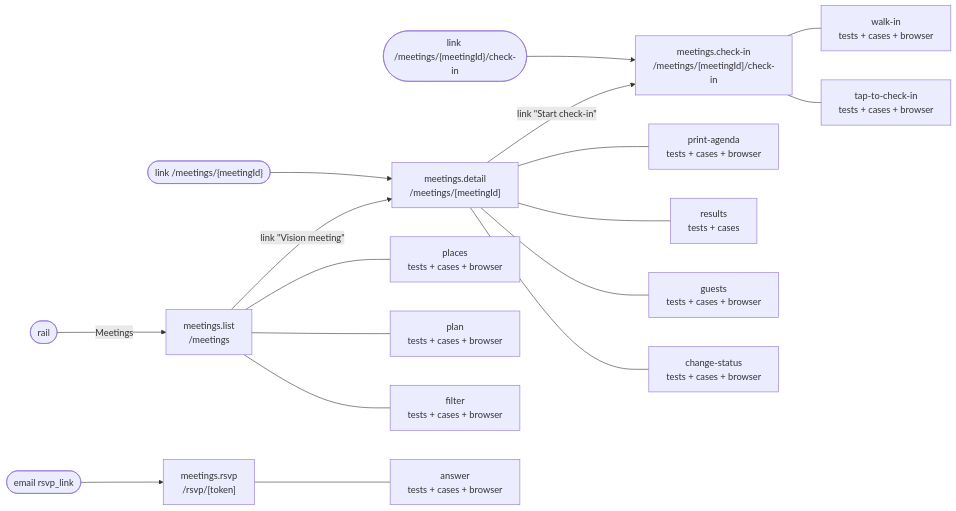
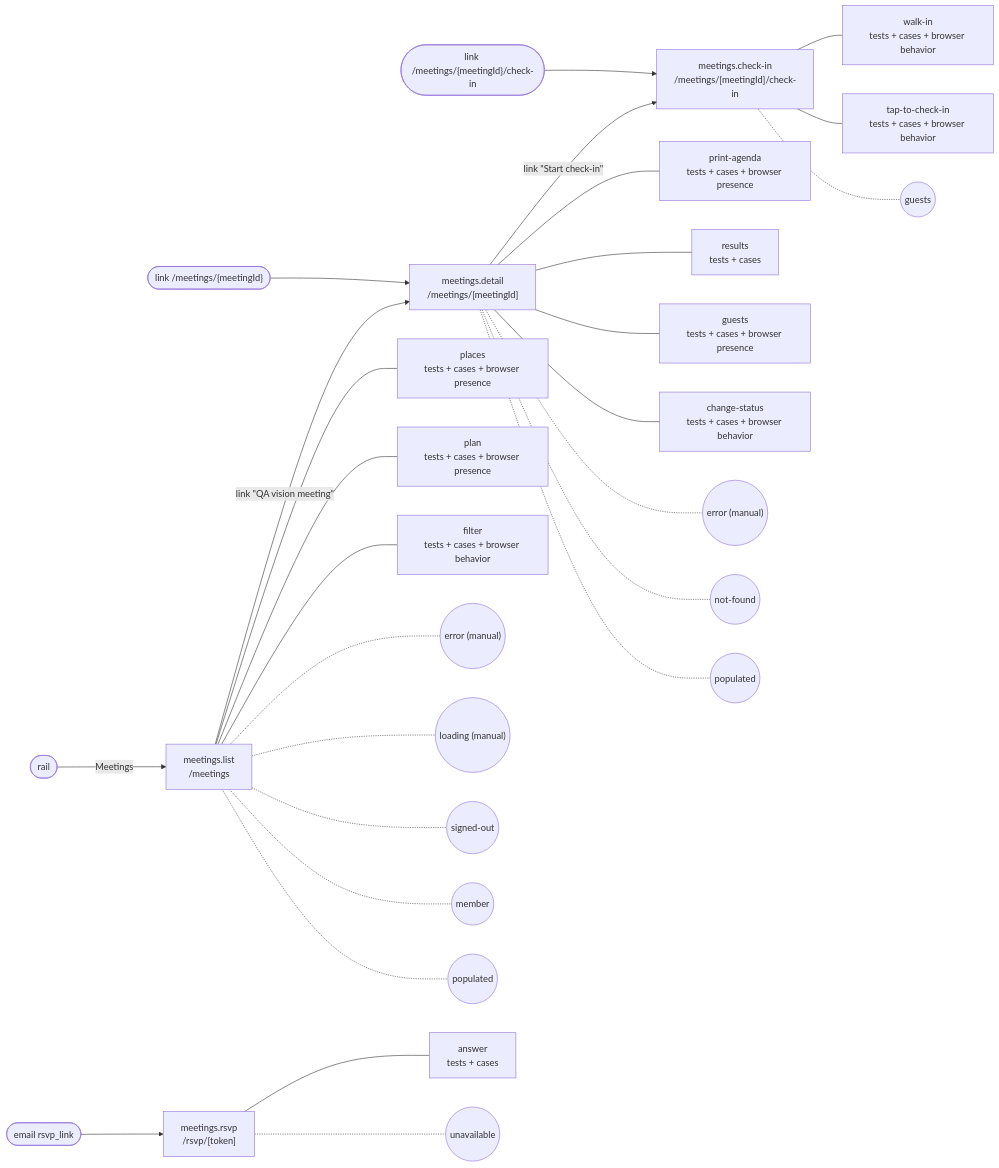
Before and after one commit to SebastianGarces/everyfield: the diagram in docs/feature-maps/meetings.md, drawn with Mermaid. The commit also changed other lines of this file and 15 other files, not shown here.

````diff
--- a/docs/feature-maps/meetings.md
+++ b/docs/feature-maps/meetings.md
@@ -5,27 +6,37 @@
 ```mermaid
 flowchart LR
   rail(["rail"])
   s1_link1(["link /meetings/{meetingId}"])
   s2_link1(["link /meetings/{meetingId}/check-in"])
   s3_link0(["email rsvp_link"])
   s0["meetings.list<br/>/meetings"]
   rail -- "Meetings" --> s0
-  s0 --- s0_b0["filter<br/>tests + cases + browser"]
-  s0 --- s0_b1["plan<br/>tests + cases + browser"]
-  s0 --- s0_b2["places<br/>tests + cases + browser"]
+  s0 -.- s0_st0(("populated"))
+  s0 -.- s0_st1(("member"))
+  s0 -.- s0_st2(("signed-out"))
+  s0 -.- s0_st3(("loading (manual)"))
+  s0 -.- s0_st4(("error (manual)"))
+  s0 --- s0_b0["filter<br/>tests + cases + browser behavior"]
+  s0 --- s0_b1["plan<br/>tests + cases + browser presence"]
+  s0 --- s0_b2["places<br/>tests + cases + browser presence"]
   s1["meetings.detail<br/>/meetings/[meetingId]"]
-  s0 -- "link #quot;Vision meeting#quot;" --> s1
+  s0 -- "link #quot;QA vision meeting#quot;" --> s1
   s1_link1 --> s1
-  s1 --- s1_b0["change-status<br/>tests + cases + browser"]
-  s1 --- s1_b1["guests<br/>tests + cases + browser"]
+  s1 -.- s1_st0(("populated"))
+  s1 -.- s1_st1(("not-found"))
+  s1 -.- s1_st2(("error (manual)"))
+  s1 --- s1_b0["change-status<br/>tests + cases + browser behavior"]
+  s1 --- s1_b1["guests<br/>tests + cases + browser presence"]
   s1 --- s1_b2["results<br/>tests + cases"]
-  s1 --- s1_b3["print-agenda<br/>tests + cases + browser"]
+  s1 --- s1_b3["print-agenda<br/>tests + cases + browser presence"]
   s2["meetings.check-in<br/>/meetings/[meetingId]/check-in"]
   s1 -- "link #quot;Start check-in#quot;" --> s2
   s2_link1 --> s2
-  s2 --- s2_b0["tap-to-check-in<br/>tests + cases + browser"]
-  s2 --- s2_b1["walk-in<br/>tests + cases + browser"]
+  s2 -.- s2_st0(("guests"))
+  s2 --- s2_b0["tap-to-check-in<br/>tests + cases + browser behavior"]
+  s2 --- s2_b1["walk-in<br/>tests + cases + browser behavior"]
   s3["meetings.rsvp<br/>/rsvp/[token]"]
   s3_link0 --> s3
-  s3 --- s3_b0["answer<br/>tests + cases + browser"]
+  s3 -.- s3_st0(("unavailable"))
+  s3 --- s3_b0["answer<br/>tests + cases"]
 ```
````
